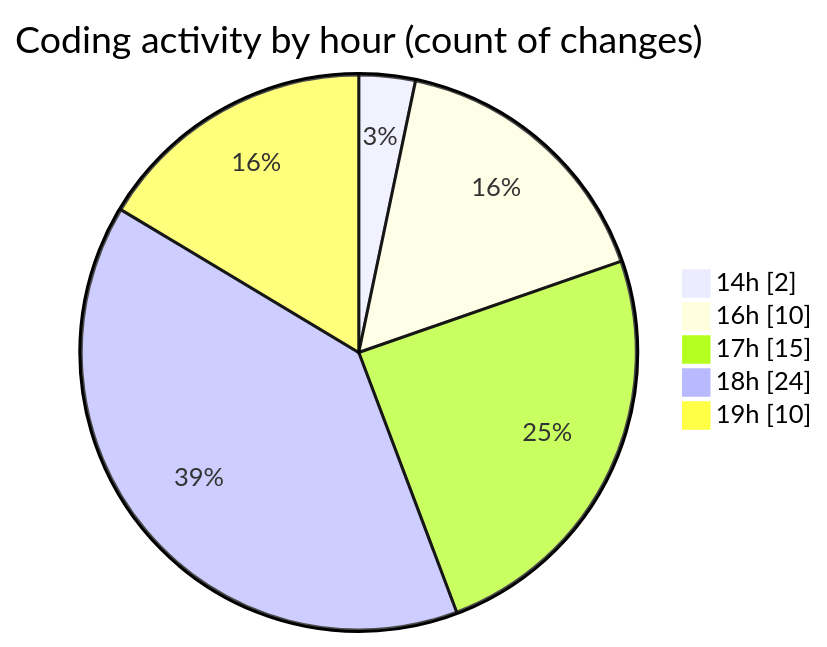
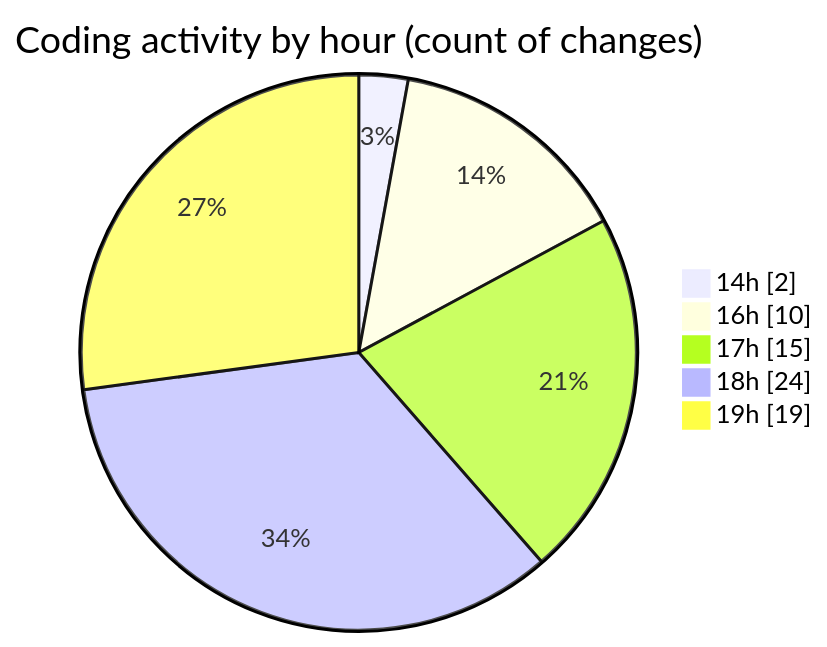
One commit to Ritupan-Deka/code-tracking changed the second of 2 diagrams in 2025-06-18/scopesketch-app/README.md. Above: the diagram before and after it, drawn with Mermaid. The commit also changed other lines of this file and 1 other file, not shown here.

````diff
--- a/2025-06-18/scopesketch-app/README.md
+++ b/2025-06-18/scopesketch-app/README.md
@@ -41,9 +41,9 @@
 ```mermaid
 pie showData
 title Coding activity by hour (count of changes)
 "14h" : 2
 "16h" : 10
 "17h" : 15
 "18h" : 24
-"19h" : 10
+"19h" : 19
 ```
````
